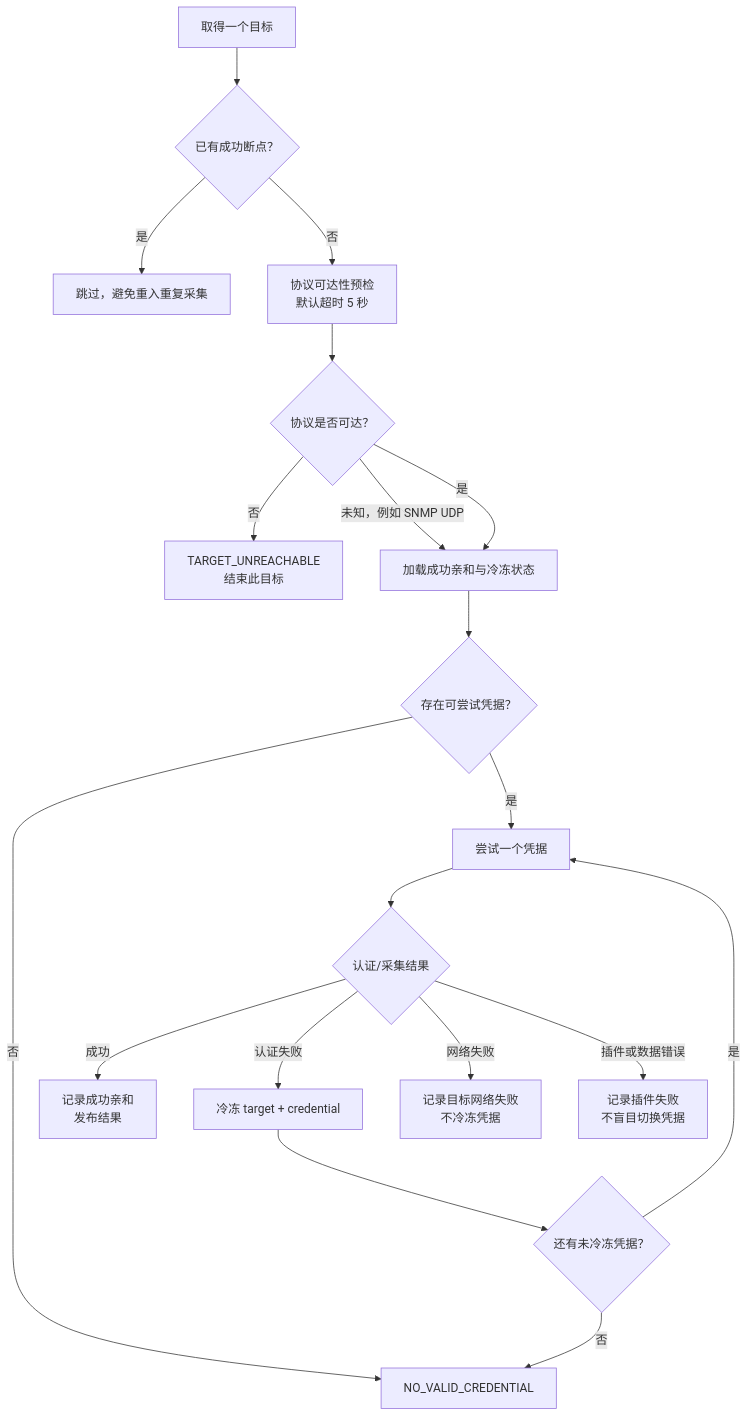
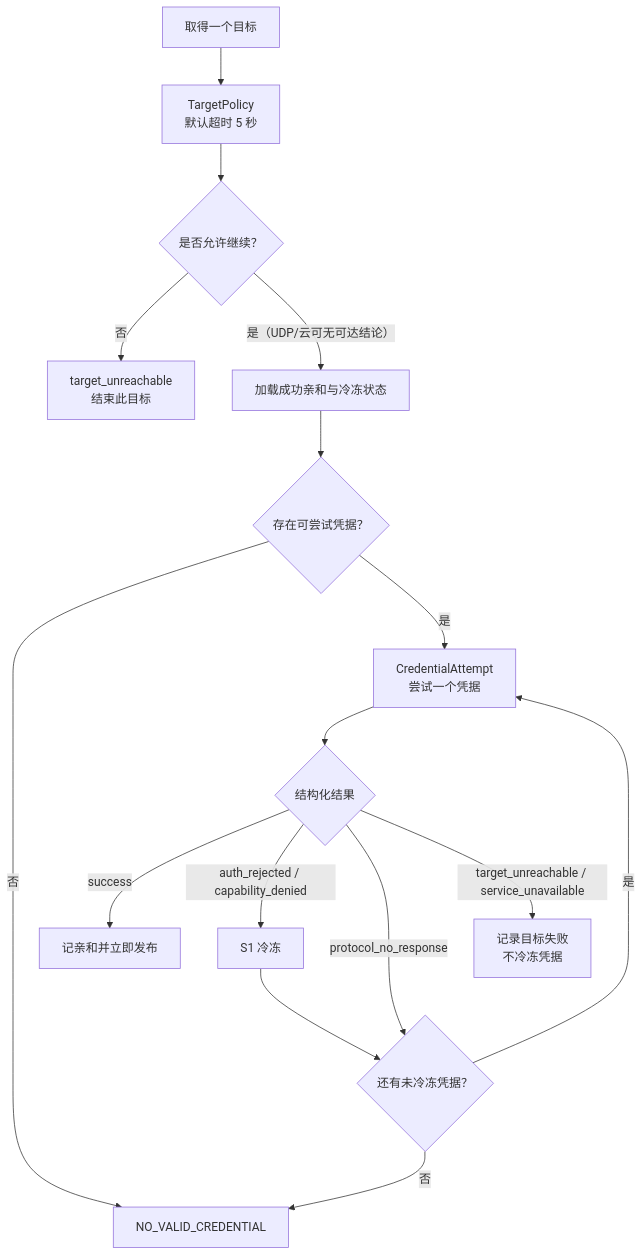
The third of 3 diagrams in specs/changes/stargazer-stateless-async-collection/spec.md (TencentBlueKing/bk-lite), drawn with Mermaid before and after one commit. The commit also changed other lines of this file and 187 other files, not shown here.

````diff
--- a/specs/changes/stargazer-stateless-async-collection/spec.md
+++ b/specs/changes/stargazer-stateless-async-collection/spec.md
@@ -262,25 +294,22 @@
 ```mermaid
 flowchart TD
-    S["取得一个目标"] --> D{"已有成功断点？"}
-    D -- "是" --> SK["跳过，避免重入重复采集"]
-    D -- "否" --> P["协议可达性预检<br/>默认超时 5 秒"]
+    S["取得一个目标"] --> P["TargetPolicy<br/>默认超时 5 秒"]
 
-    P --> R{"协议是否可达？"}
-    R -- "否" --> U["TARGET_UNREACHABLE<br/>结束此目标"]
-    R -- "未知，例如 SNMP UDP" --> C
-    R -- "是" --> C["加载成功亲和与冷冻状态"]
+    P --> R{"是否允许继续？"}
+    R -- "否" --> U["target_unreachable<br/>结束此目标"]
+    R -- "是（UDP/云可无可达结论）" --> C["加载成功亲和与冷冻状态"]
 
     C --> N{"存在可尝试凭据？"}
     N -- "否" --> NC["NO_VALID_CREDENTIAL"]
-    N -- "是" --> A["尝试一个凭据"]
+    N -- "是" --> A["CredentialAttempt<br/>尝试一个凭据"]
 
-    A --> V{"认证/采集结果"}
-    V -- "成功" --> OK["记录成功亲和<br/>发布结果"]
-    V -- "认证失败" --> F["冷冻 target + credential"]
-    V -- "网络失败" --> U2["记录目标网络失败<br/>不冷冻凭据"]
-    V -- "插件或数据错误" --> E["记录插件失败<br/>不盲目切换凭据"]
+    A --> Q{"结构化结果"}
+    Q -- "success" --> S1["记亲和并立即发布"]
+    Q -- "auth_rejected / capability_denied" --> F["S1 冷冻"]
+    Q -- "protocol_no_response" --> M{"还有未冷冻凭据？"}
+    Q -- "target_unreachable / service_unavailable" --> U2["记录目标失败<br/>不冷冻凭据"]
 
     F --> M{"还有未冷冻凭据？"}
     M -- "是" --> A
     M -- "否" --> NC
 ```
````
